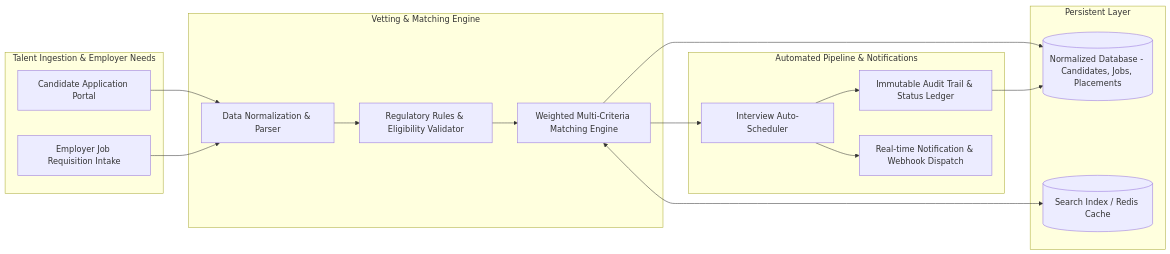
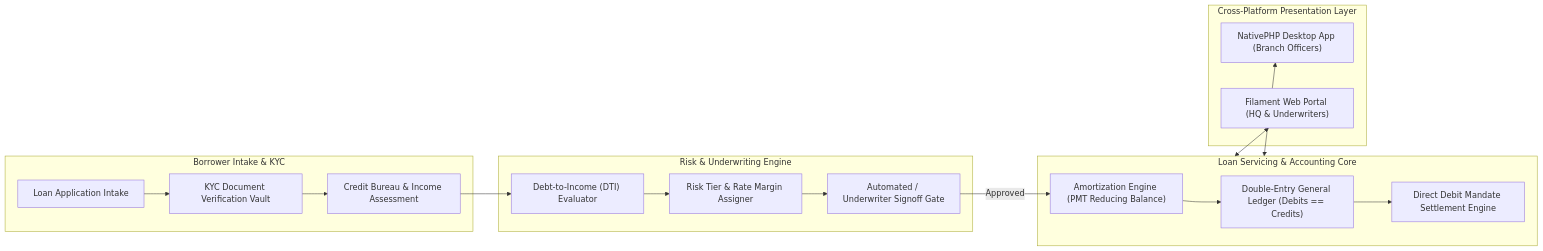
The second of 9 diagrams in README.md (norval101/portfolio-demos), drawn with Mermaid before and after one commit. The commit also changed other lines of this file and 22 other files, not shown here.

Commit message:
feat: expand architecture gallery across 9 enterprise systems and add 3 functional sandboxes

````diff
--- a/README.md
+++ b/README.md
@@ -131,35 +142,38 @@
 ```mermaid
 flowchart LR
-    subgraph Ingestion["Talent Ingestion & Employer Needs"]
-        CAND["Candidate Application Portal"]
-        EMP["Employer Job Requisition Intake"]
+    subgraph Intake["Borrower Intake & KYC"]
+        APP["Loan Application Intake"]
+        KYC["KYC Document Verification Vault"]
+        CREDIT["Credit Bureau & Income Assessment"]
     end
 
-    subgraph ScoringEngine["Vetting & Matching Engine"]
-        EXTRACT["Data Normalization & Parser"]
-        RULES["Regulatory Rules & Eligibility Validator"]
-        MATCHER["Weighted Multi-Criteria Matching Engine"]
+    subgraph UnderwritingEngine["Risk & Underwriting Engine"]
+        DTI_CALC["Debt-to-Income (DTI) Evaluator"]
+        TIER_DECISION["Risk Tier & Rate Margin Assigner"]
+        APPROVAL_GATE["Automated / Underwriter Signoff Gate"]
     end
 
-    subgraph Workflow["Automated Pipeline & Notifications"]
-        SCHED["Interview Auto-Scheduler"]
-        AUDIT["Immutable Audit Trail & Status Ledger"]
-        NOTIF["Real-time Notification & Webhook Dispatch"]
+    subgraph Servicing["Loan Servicing & Accounting Core"]
+        PMT["Amortization Engine (PMT Reducing Balance)"]
+        LEDGER["Double-Entry General Ledger (Debits == Credits)"]
+        MANDATE["Direct Debit Mandate Settlement Engine"]
     end
 
-    subgraph Storage["Persistent Layer"]
-        CORE_DB[(Normalized Database - Candidates, Jobs, Placements)]
-        SEARCH_CACHE[(Search Index / Redis Cache)]
+    subgraph PlatformDeploy["Cross-Platform Presentation Layer"]
+        DESKTOP["NativePHP Desktop App (Branch Officers)"]
+        WEB["Filament Web Portal (HQ & Underwriters)"]
     end
 
-    CAND --> EXTRACT
-    EMP --> EXTRACT
-    EXTRACT --> RULES
-    RULES --> MATCHER
-    MATCHER <--> SEARCH_CACHE
-    MATCHER --> CORE_DB
-    MATCHER --> SCHED
-    SCHED --> NOTIF
-    SCHED --> AUDIT
-    AUDIT --> CORE_DB
+    APP --> KYC
+    KYC --> CREDIT
+    CREDIT --> DTI_CALC
+    DTI_CALC --> TIER_DECISION
+    TIER_DECISION --> APPROVAL_GATE
+    
+    APPROVAL_GATE -->|Approved| PMT
+    PMT --> LEDGER
+    LEDGER --> MANDATE
+    
+    Servicing <--> DESKTOP
+    Servicing <--> WEB
 ```
````
